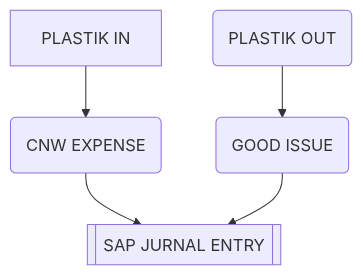
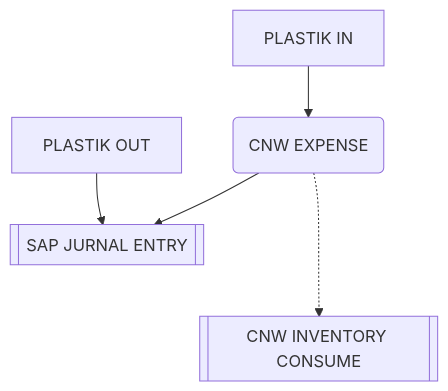
Before and after one commit to andyut/cnw_doc: the second of 2 diagrams in meeting.md, drawn with Mermaid. The commit also changed other lines of this file, not shown here.

Commit message:
meeting.md updated from https://stackedit.io/

````diff
--- a/meeting.md
+++ b/meeting.md
@@ -19,10 +19,10 @@
 ```mermaid
 graph TD
 A[ PLASTIK IN] --> B(CNW EXPENSE)
 B --> C[[SAP JURNAL ENTRY]]
 
-D(PLASTIK OUT) --> E(GOOD ISSUE)
-E -->C
+B -..-> C1[[CNW INVENTORY CONSUME]]
+E[PLASTIK OUT] -->C
 
 
 ```
````
